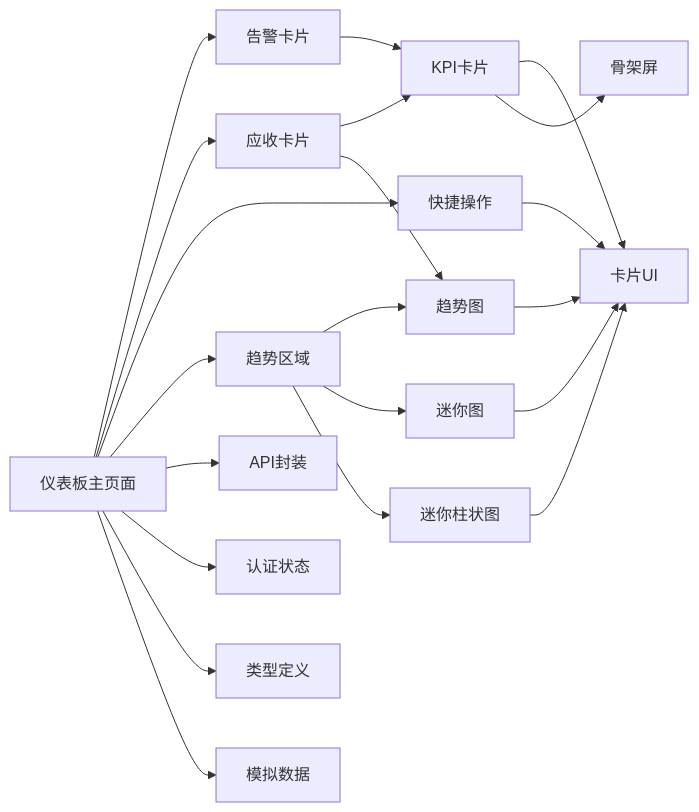
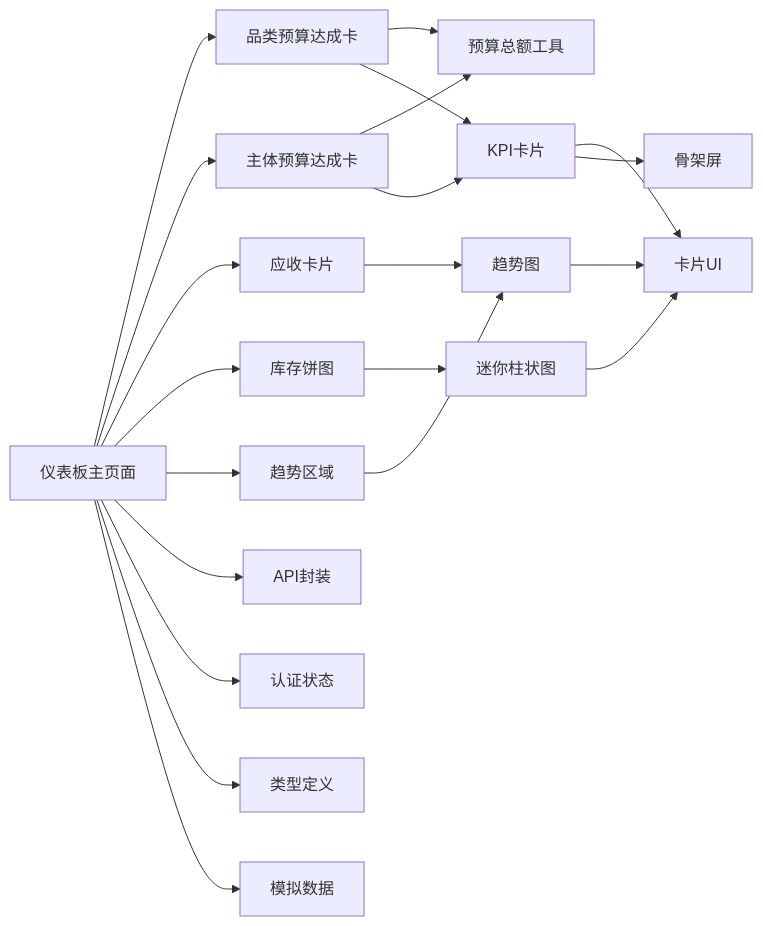
The fourth of 4 diagrams in .qoder/repowiki/zh/content/页面组件/仪表板页面.md (Damao997/newproject), drawn with Mermaid before and after one commit. The commit also changed other lines of this file and 10 other files, not shown here.

````diff
--- a/.qoder/repowiki/zh/content/页面组件/仪表板页面.md
+++ b/.qoder/repowiki/zh/content/页面组件/仪表板页面.md
@@ -304,23 +343,23 @@
 ```mermaid
 graph LR
-Dashboard["仪表板主页面"] --> AlertsCard["告警卡片"]
+Dashboard["仪表板主页面"] --> ProductBudgetCard["品类预算达成卡"]
+Dashboard --> SubjectBudgetCard["主体预算达成卡"]
 Dashboard --> ReceivablesCard["应收卡片"]
-Dashboard --> QuickActions["快捷操作"]
+Dashboard --> InventoryPieCard["库存饼图"]
 Dashboard --> TrendSection["趋势区域"]
-AlertsCard --> KpiCard["KPI卡片"]
-ReceivablesCard --> KpiCard
+ProductBudgetCard --> BudgetTotal["预算总额工具"]
+SubjectBudgetCard --> BudgetTotal
+ProductBudgetCard --> KpiCard["KPI卡片"]
+SubjectBudgetCard --> KpiCard
 ReceivablesCard --> TrendChart["趋势图"]
-QuickActions --> UiCard["卡片UI"]
+InventoryPieCard --> MiniBarChart["迷你柱状图"]
 TrendSection --> TrendChart
-TrendSection --> Sparkline["迷你图"]
-TrendSection --> MiniBarChart["迷你柱状图"]
 Dashboard --> Api["API封装"]
 Dashboard --> Auth["认证状态"]
-KpiCard --> UiCard
+KpiCard --> UiCard["卡片UI"]
 KpiCard --> Skeleton["骨架屏"]
 TrendChart --> UiCard
-Sparkline --> UiCard
 MiniBarChart --> UiCard
 Dashboard --> Types["类型定义"]
 Dashboard --> Mock["模拟数据"]
 ```
````
